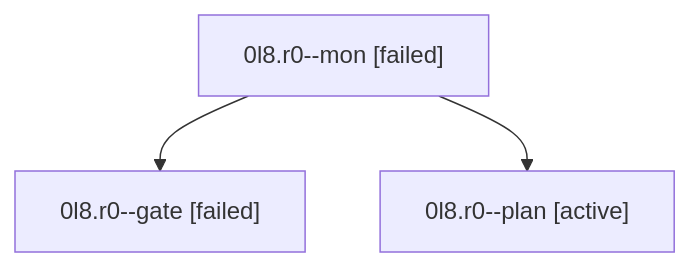
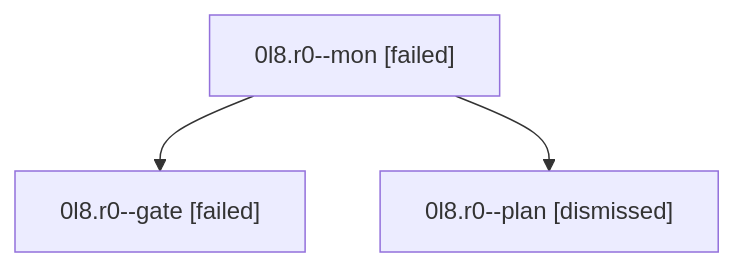
Before and after one commit to sase-org/sase--agents: the diagram in sessions/bbugyi200.athena.0l8.r0.md, drawn with Mermaid. The commit also changed other lines of this file and 50 other files, not shown here.

````diff
--- a/sessions/bbugyi200.athena.0l8.r0.md
+++ b/sessions/bbugyi200.athena.0l8.r0.md
@@ -9,8 +9,8 @@
 ```mermaid
 flowchart TD
   n0["0l8.r0--mon [failed]"]
   n1["0l8.r0--gate [failed]"]
   n0 --> n1
-  n2["0l8.r0--plan [active]"]
+  n2["0l8.r0--plan [dismissed]"]
   n0 --> n2
 ```
````
